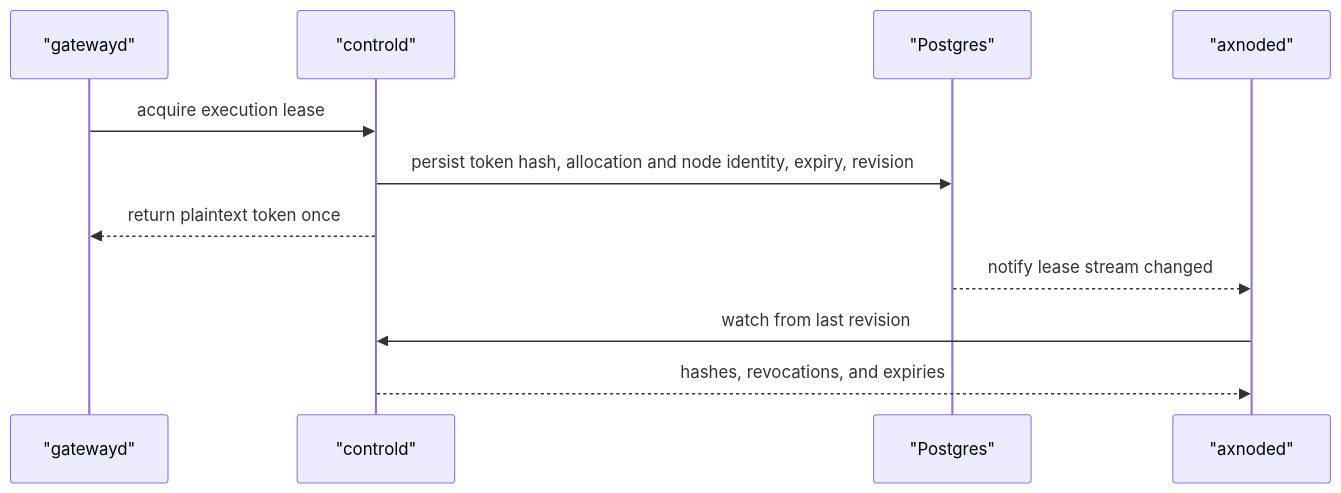
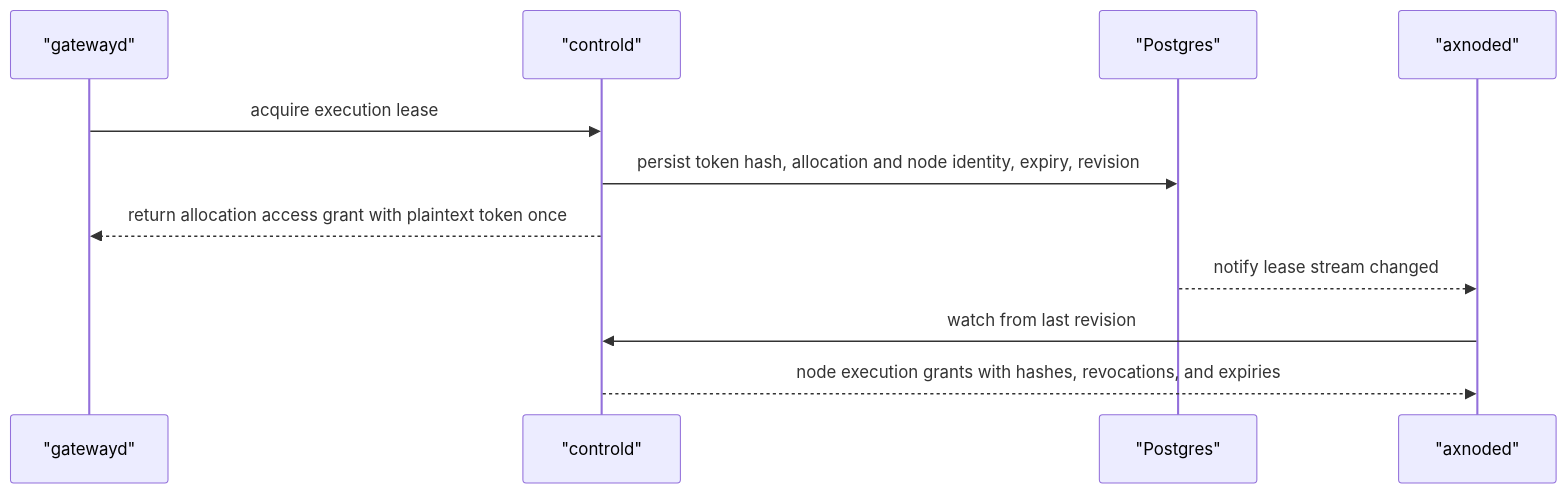
Before and after one commit to cofy-x/axern: the third of 4 diagrams in control/controld/docs/postgres-schema-design.md, drawn with Mermaid. The commit also changed other lines of this file and 157 other files, not shown here.

Commit message:
refactor(control): converge execution state boundaries

````diff
--- a/control/controld/docs/postgres-schema-design.md
+++ b/control/controld/docs/postgres-schema-design.md
@@ -93,14 +93,14 @@
 ```mermaid
 sequenceDiagram
   participant Gateway as "gatewayd"
   participant Control as "controld"
   participant DB as "Postgres"
   participant Node as "axnoded"
 
   Gateway->>Control: acquire execution lease
   Control->>DB: persist token hash, allocation and node identity, expiry, revision
-  Control-->>Gateway: return plaintext token once
+  Control-->>Gateway: return allocation access grant with plaintext token once
   DB-->>Node: notify lease stream changed
   Node->>Control: watch from last revision
-  Control-->>Node: hashes, revocations, and expiries
+  Control-->>Node: node execution grants with hashes, revocations, and expiries
 ```
````
